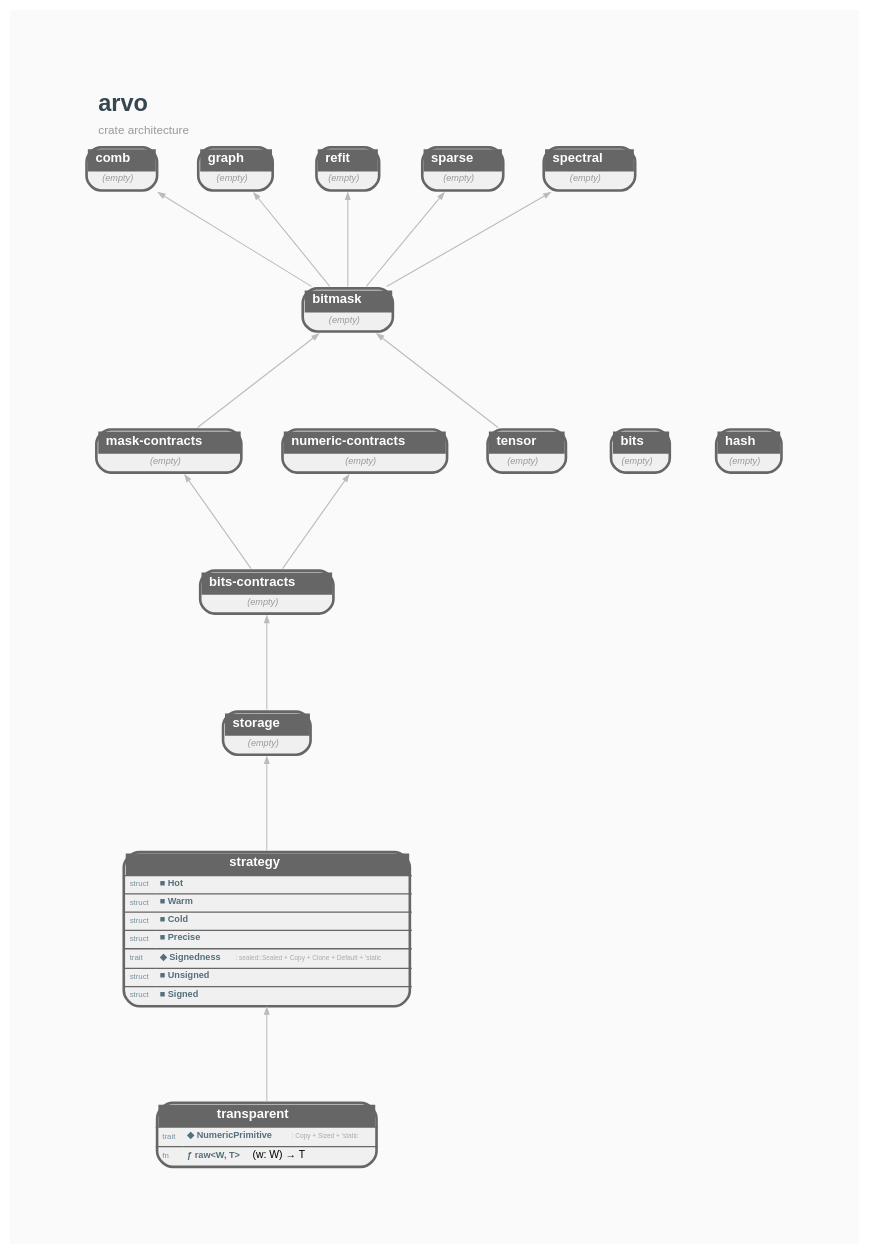
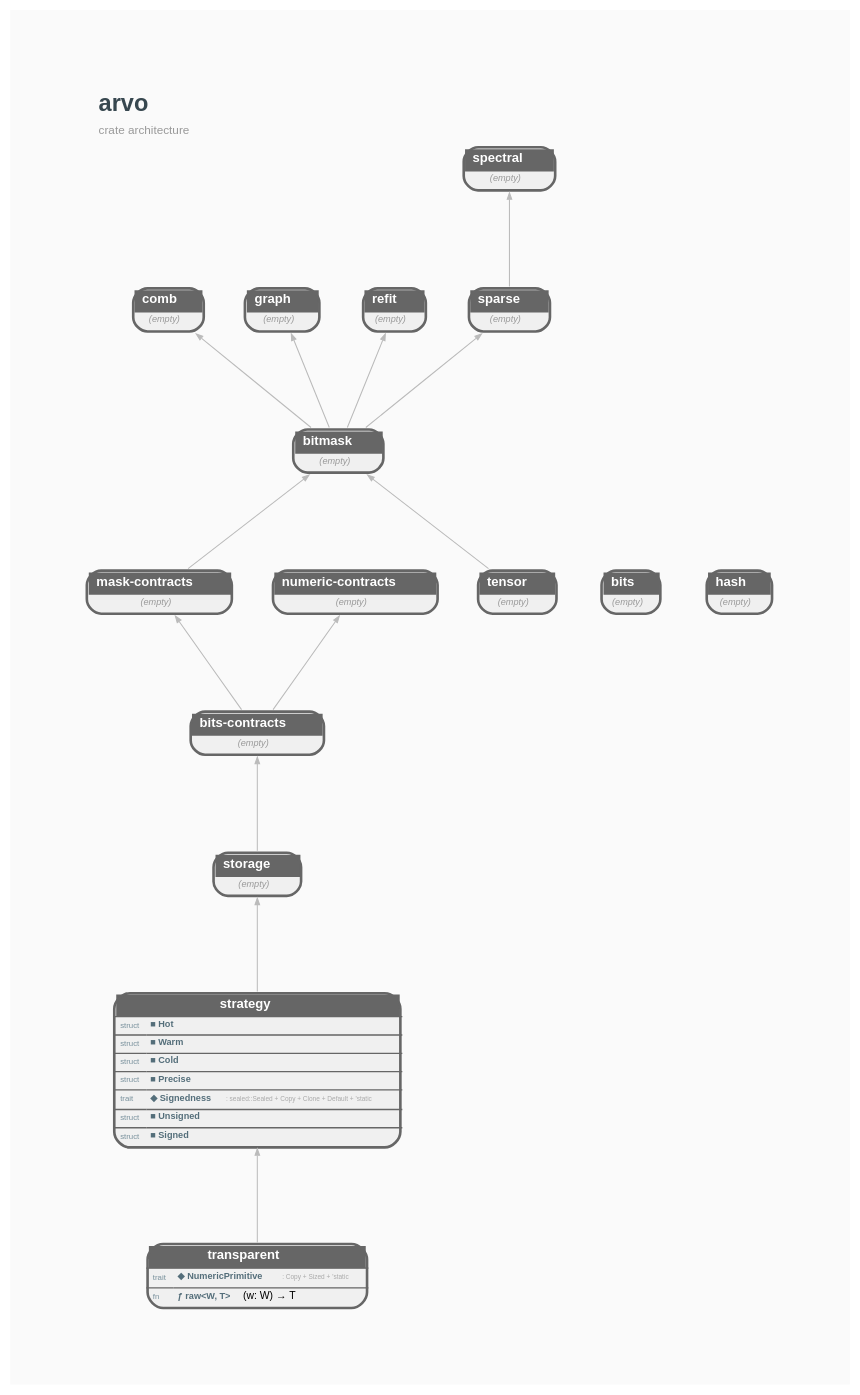
Before and after one commit to orgrinrt/arvo: the diagram in docs/mock_crate_deps.dot, drawn with Graphviz. The commit also changed 29 other files, not shown here.

```diff
--- a/docs/mock_crate_deps.dot
+++ b/docs/mock_crate_deps.dot
@@ -1,60 +1,61 @@
 // AUTO-GENERATED — DO NOT EDIT DIRECTLY
 //
 // Generated by: mockspace (mock)
-// Generated at: 2026-05-11T18:02:27Z
+// Generated at: 2026-05-11T20:41:18Z
 // Source: mock/
 // To regenerate: cargo mock
 
 digraph arvo {
     rankdir=BT;
     newrank=true;
     bgcolor="#FAFAFA";
     graph [fontname="Helvetica", fontsize=10, pad=0.8, nodesep=0.4, ranksep=1.0];
     node [fontname="Helvetica", fontsize=8];
     edge [fontname="Helvetica", fontsize=7, color="#BBBBBB", arrowsize=0.5, penwidth=0.8];
 
     labelloc=t;
     labeljust=l;
     label=<<TABLE BORDER="0" CELLBORDER="0" CELLSPACING="0"><TR><TD ALIGN="LEFT"><FONT POINT-SIZE="18" COLOR="#37474F"><B>arvo</B></FONT></TD></TR><TR><TD ALIGN="LEFT"><FONT POINT-SIZE="9" COLOR="#999999">crate architecture</FONT></TD></TR></TABLE>>;
 
     arvo_bitmask [shape=none, margin=0, label=<<TABLE BORDER="2" CELLBORDER="0" CELLSPACING="0" CELLPADDING="3" BGCOLOR="#F0F0F0" COLOR="#666666" STYLE="ROUNDED"><TR><TD COLSPAN="2" BGCOLOR="#666666" ALIGN="CENTER"><FONT COLOR="white" POINT-SIZE="10"><B>  bitmask  </B></FONT></TD></TR><TR><TD COLSPAN="2"><FONT COLOR="#999999" POINT-SIZE="7"><I>(empty)</I></FONT></TD></TR></TABLE>>];
     arvo_bits [shape=none, margin=0, label=<<TABLE BORDER="2" CELLBORDER="0" CELLSPACING="0" CELLPADDING="3" BGCOLOR="#F0F0F0" COLOR="#666666" STYLE="ROUNDED"><TR><TD COLSPAN="2" BGCOLOR="#666666" ALIGN="CENTER"><FONT COLOR="white" POINT-SIZE="10"><B>  bits  </B></FONT></TD></TR><TR><TD COLSPAN="2"><FONT COLOR="#999999" POINT-SIZE="7"><I>(empty)</I></FONT></TD></TR></TABLE>>];
     arvo_bits_contracts [shape=none, margin=0, label=<<TABLE BORDER="2" CELLBORDER="0" CELLSPACING="0" CELLPADDING="3" BGCOLOR="#F0F0F0" COLOR="#666666" STYLE="ROUNDED"><TR><TD COLSPAN="2" BGCOLOR="#666666" ALIGN="CENTER"><FONT COLOR="white" POINT-SIZE="10"><B>  bits-contracts  </B></FONT></TD></TR><TR><TD COLSPAN="2"><FONT COLOR="#999999" POINT-SIZE="7"><I>(empty)</I></FONT></TD></TR></TABLE>>];
     arvo_comb [shape=none, margin=0, label=<<TABLE BORDER="2" CELLBORDER="0" CELLSPACING="0" CELLPADDING="3" BGCOLOR="#F0F0F0" COLOR="#666666" STYLE="ROUNDED"><TR><TD COLSPAN="2" BGCOLOR="#666666" ALIGN="CENTER"><FONT COLOR="white" POINT-SIZE="10"><B>  comb  </B></FONT></TD></TR><TR><TD COLSPAN="2"><FONT COLOR="#999999" POINT-SIZE="7"><I>(empty)</I></FONT></TD></TR></TABLE>>];
     arvo_graph [shape=none, margin=0, label=<<TABLE BORDER="2" CELLBORDER="0" CELLSPACING="0" CELLPADDING="3" BGCOLOR="#F0F0F0" COLOR="#666666" STYLE="ROUNDED"><TR><TD COLSPAN="2" BGCOLOR="#666666" ALIGN="CENTER"><FONT COLOR="white" POINT-SIZE="10"><B>  graph  </B></FONT></TD></TR><TR><TD COLSPAN="2"><FONT COLOR="#999999" POINT-SIZE="7"><I>(empty)</I></FONT></TD></TR></TABLE>>];
     arvo_hash [shape=none, margin=0, label=<<TABLE BORDER="2" CELLBORDER="0" CELLSPACING="0" CELLPADDING="3" BGCOLOR="#F0F0F0" COLOR="#666666" STYLE="ROUNDED"><TR><TD COLSPAN="2" BGCOLOR="#666666" ALIGN="CENTER"><FONT COLOR="white" POINT-SIZE="10"><B>  hash  </B></FONT></TD></TR><TR><TD COLSPAN="2"><FONT COLOR="#999999" POINT-SIZE="7"><I>(empty)</I></FONT></TD></TR></TABLE>>];
     arvo_mask_contracts [shape=none, margin=0, label=<<TABLE BORDER="2" CELLBORDER="0" CELLSPACING="0" CELLPADDING="3" BGCOLOR="#F0F0F0" COLOR="#666666" STYLE="ROUNDED"><TR><TD COLSPAN="2" BGCOLOR="#666666" ALIGN="CENTER"><FONT COLOR="white" POINT-SIZE="10"><B>  mask-contracts  </B></FONT></TD></TR><TR><TD COLSPAN="2"><FONT COLOR="#999999" POINT-SIZE="7"><I>(empty)</I></FONT></TD></TR></TABLE>>];
     arvo_numeric_contracts [shape=none, margin=0, label=<<TABLE BORDER="2" CELLBORDER="0" CELLSPACING="0" CELLPADDING="3" BGCOLOR="#F0F0F0" COLOR="#666666" STYLE="ROUNDED"><TR><TD COLSPAN="2" BGCOLOR="#666666" ALIGN="CENTER"><FONT COLOR="white" POINT-SIZE="10"><B>  numeric-contracts  </B></FONT></TD></TR><TR><TD COLSPAN="2"><FONT COLOR="#999999" POINT-SIZE="7"><I>(empty)</I></FONT></TD></TR></TABLE>>];
     arvo_refit [shape=none, margin=0, label=<<TABLE BORDER="2" CELLBORDER="0" CELLSPACING="0" CELLPADDING="3" BGCOLOR="#F0F0F0" COLOR="#666666" STYLE="ROUNDED"><TR><TD COLSPAN="2" BGCOLOR="#666666" ALIGN="CENTER"><FONT COLOR="white" POINT-SIZE="10"><B>  refit  </B></FONT></TD></TR><TR><TD COLSPAN="2"><FONT COLOR="#999999" POINT-SIZE="7"><I>(empty)</I></FONT></TD></TR></TABLE>>];
     arvo_sparse [shape=none, margin=0, label=<<TABLE BORDER="2" CELLBORDER="0" CELLSPACING="0" CELLPADDING="3" BGCOLOR="#F0F0F0" COLOR="#666666" STYLE="ROUNDED"><TR><TD COLSPAN="2" BGCOLOR="#666666" ALIGN="CENTER"><FONT COLOR="white" POINT-SIZE="10"><B>  sparse  </B></FONT></TD></TR><TR><TD COLSPAN="2"><FONT COLOR="#999999" POINT-SIZE="7"><I>(empty)</I></FONT></TD></TR></TABLE>>];
     arvo_spectral [shape=none, margin=0, label=<<TABLE BORDER="2" CELLBORDER="0" CELLSPACING="0" CELLPADDING="3" BGCOLOR="#F0F0F0" COLOR="#666666" STYLE="ROUNDED"><TR><TD COLSPAN="2" BGCOLOR="#666666" ALIGN="CENTER"><FONT COLOR="white" POINT-SIZE="10"><B>  spectral  </B></FONT></TD></TR><TR><TD COLSPAN="2"><FONT COLOR="#999999" POINT-SIZE="7"><I>(empty)</I></FONT></TD></TR></TABLE>>];
     arvo_storage [shape=none, margin=0, label=<<TABLE BORDER="2" CELLBORDER="0" CELLSPACING="0" CELLPADDING="3" BGCOLOR="#F0F0F0" COLOR="#666666" STYLE="ROUNDED"><TR><TD COLSPAN="2" BGCOLOR="#666666" ALIGN="CENTER"><FONT COLOR="white" POINT-SIZE="10"><B>  storage  </B></FONT></TD></TR><TR><TD COLSPAN="2"><FONT COLOR="#999999" POINT-SIZE="7"><I>(empty)</I></FONT></TD></TR></TABLE>>];
     arvo_strategy [shape=none, margin=0, label=<<TABLE BORDER="2" CELLBORDER="0" CELLSPACING="0" CELLPADDING="3" BGCOLOR="#F0F0F0" COLOR="#666666" STYLE="ROUNDED"><TR><TD COLSPAN="2" BGCOLOR="#666666" ALIGN="CENTER"><FONT COLOR="white" POINT-SIZE="10"><B>  strategy  </B></FONT></TD></TR><HR/><TR><TD ALIGN="LEFT"><FONT COLOR="#78909C" POINT-SIZE="6">struct</FONT></TD><TD ALIGN="LEFT" PORT="p_Hot"><FONT COLOR="#546E7A" POINT-SIZE="7"><B>■ Hot</B></FONT></TD></TR><HR/><TR><TD ALIGN="LEFT"><FONT COLOR="#78909C" POINT-SIZE="6">struct</FONT></TD><TD ALIGN="LEFT" PORT="p_Warm"><FONT COLOR="#546E7A" POINT-SIZE="7"><B>■ Warm</B></FONT></TD></TR><HR/><TR><TD ALIGN="LEFT"><FONT COLOR="#78909C" POINT-SIZE="6">struct</FONT></TD><TD ALIGN="LEFT" PORT="p_Cold"><FONT COLOR="#546E7A" POINT-SIZE="7"><B>■ Cold</B></FONT></TD></TR><HR/><TR><TD ALIGN="LEFT"><FONT COLOR="#78909C" POINT-SIZE="6">struct</FONT></TD><TD ALIGN="LEFT" PORT="p_Precise"><FONT COLOR="#546E7A" POINT-SIZE="7"><B>■ Precise</B></FONT></TD></TR><HR/><TR><TD ALIGN="LEFT"><FONT COLOR="#78909C" POINT-SIZE="6">trait</FONT></TD><TD ALIGN="LEFT" PORT="p_Signedness"><FONT COLOR="#546E7A" POINT-SIZE="7"><B>◆ Signedness</B></FONT> <FONT COLOR="#AAAAAA" POINT-SIZE="5">: sealed::Sealed + Copy + Clone + Default + 'static</FONT></TD></TR><HR/><TR><TD ALIGN="LEFT"><FONT COLOR="#78909C" POINT-SIZE="6">struct</FONT></TD><TD ALIGN="LEFT" PORT="p_Unsigned"><FONT COLOR="#546E7A" POINT-SIZE="7"><B>■ Unsigned</B></FONT></TD></TR><HR/><TR><TD ALIGN="LEFT"><FONT COLOR="#78909C" POINT-SIZE="6">struct</FONT></TD><TD ALIGN="LEFT" PORT="p_Signed"><FONT COLOR="#546E7A" POINT-SIZE="7"><B>■ Signed</B></FONT></TD></TR></TABLE>>];
     arvo_tensor [shape=none, margin=0, label=<<TABLE BORDER="2" CELLBORDER="0" CELLSPACING="0" CELLPADDING="3" BGCOLOR="#F0F0F0" COLOR="#666666" STYLE="ROUNDED"><TR><TD COLSPAN="2" BGCOLOR="#666666" ALIGN="CENTER"><FONT COLOR="white" POINT-SIZE="10"><B>  tensor  </B></FONT></TD></TR><TR><TD COLSPAN="2"><FONT COLOR="#999999" POINT-SIZE="7"><I>(empty)</I></FONT></TD></TR></TABLE>>];
     arvo_transparent [shape=none, margin=0, label=<<TABLE BORDER="2" CELLBORDER="0" CELLSPACING="0" CELLPADDING="3" BGCOLOR="#F0F0F0" COLOR="#666666" STYLE="ROUNDED"><TR><TD COLSPAN="2" BGCOLOR="#666666" ALIGN="CENTER"><FONT COLOR="white" POINT-SIZE="10"><B>  transparent  </B></FONT></TD></TR><HR/><TR><TD ALIGN="LEFT"><FONT COLOR="#78909C" POINT-SIZE="6">trait</FONT></TD><TD ALIGN="LEFT" PORT="p_NumericPrimitive"><FONT COLOR="#546E7A" POINT-SIZE="7"><B>◆ NumericPrimitive</B></FONT> <FONT COLOR="#AAAAAA" POINT-SIZE="5">: Copy + Sized + 'static</FONT></TD></TR><HR/><TR><TD ALIGN="LEFT"><FONT COLOR="#78909C" POINT-SIZE="6">fn</FONT></TD><TD ALIGN="LEFT" PORT="p_raw"><FONT COLOR="#546E7A" POINT-SIZE="7"><B>ƒ raw&lt;W, T&gt;</B></FONT>(w: W) → T</TD></TR></TABLE>>];
 
     { rank=same; arvo_transparent; } // depth 0
     { rank=same; arvo_strategy; } // depth 1
     { rank=same; arvo_storage; } // depth 2
     { rank=same; arvo_bits_contracts; } // depth 3
     { rank=same; arvo_bits; arvo_mask_contracts; arvo_numeric_contracts; } // depth 4
     { rank=same; arvo_hash; arvo_tensor; } // depth 6
     { rank=same; arvo_bitmask; } // depth 7
-    { rank=same; arvo_comb; arvo_graph; arvo_refit; arvo_sparse; arvo_spectral; } // depth 8
+    { rank=same; arvo_comb; arvo_graph; arvo_refit; arvo_sparse; } // depth 8
+    { rank=same; arvo_spectral; } // depth 9
 
 
     // Dependency edges (transitively reduced)
     arvo_mask_contracts -> arvo_bitmask;
     arvo_tensor -> arvo_bitmask;
     arvo_storage -> arvo_bits_contracts;
     arvo_bitmask -> arvo_comb;
     arvo_bitmask -> arvo_graph;
     arvo_bits_contracts -> arvo_mask_contracts;
     arvo_bits_contracts -> arvo_numeric_contracts;
     arvo_bitmask -> arvo_refit;
     arvo_bitmask -> arvo_sparse;
-    arvo_bitmask -> arvo_spectral;
+    arvo_sparse -> arvo_spectral;
     arvo_strategy -> arvo_storage;
     arvo_transparent -> arvo_strategy;
 
 }
```
